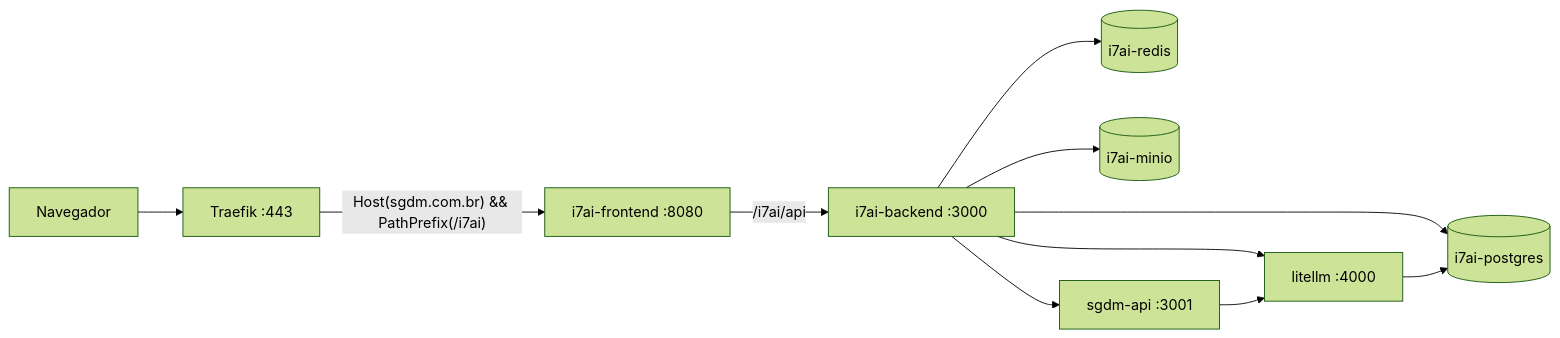
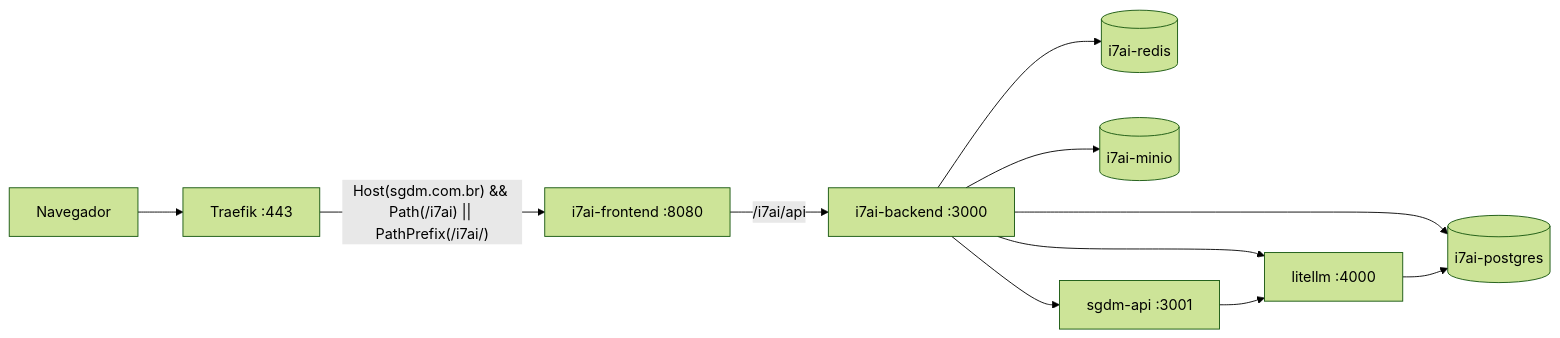
Before and after one commit to JEFERSON-ASSIS/i7ai-prefeituras: the diagram in portainer/README.md, drawn with Mermaid (forest theme). The commit also changed other lines of this file and 1 other file, not shown here.

````diff
--- a/portainer/README.md
+++ b/portainer/README.md
@@ -11,13 +11,13 @@
 ```mermaid
 flowchart LR
   U[Navegador] --> T[Traefik :443]
-  T -- "Host(sgdm.com.br) && PathPrefix(/i7ai)" --> F[i7ai-frontend :8080]
+  T -- "Host(sgdm.com.br) && Path(/i7ai) || PathPrefix(/i7ai/)" --> F[i7ai-frontend :8080]
   F -- /i7ai/api --> B[i7ai-backend :3000]
   B --> P[(i7ai-postgres)]
   B --> R[(i7ai-redis)]
   B --> M[(i7ai-minio)]
   B --> L[litellm :4000]
   B --> S[sgdm-api :3001]
   S --> L
   L --> P
 ```
````
